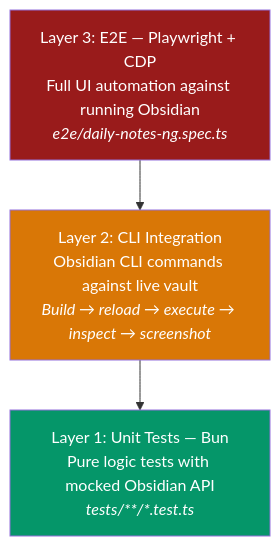
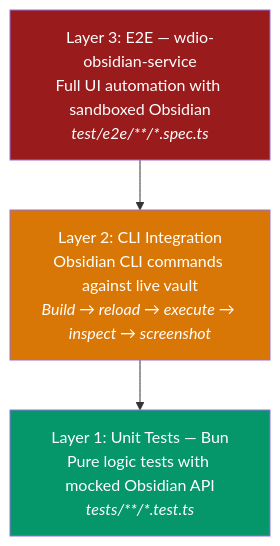
One commit to cybersader/obsidian-daily-notes-ng changed the diagram in docs/src/content/docs/development/testing.mdx. Above: the diagram before and after it, drawn with Mermaid. The commit also changed other lines of this file and 10 other files, not shown here.

First line of the commit message:
Replace Playwright with wdio-obsidian-service for E2E testing

````diff
--- a/docs/src/content/docs/development/testing.mdx
+++ b/docs/src/content/docs/development/testing.mdx
@@ -12,12 +12,12 @@
 ```mermaid
 graph TD
-    E2E["Layer 3: E2E — Playwright + CDP<br/>Full UI automation against running Obsidian<br/><i>e2e/daily-notes-ng.spec.ts</i>"]
+    E2E["Layer 3: E2E — wdio-obsidian-service<br/>Full UI automation with sandboxed Obsidian<br/><i>test/e2e/**/*.spec.ts</i>"]
     CLI["Layer 2: CLI Integration<br/>Obsidian CLI commands against live vault<br/><i>Build → reload → execute → inspect → screenshot</i>"]
     Unit["Layer 1: Unit Tests — Bun<br/>Pure logic tests with mocked Obsidian API<br/><i>tests/**/*.test.ts</i>"]
 
     E2E --> CLI --> Unit
 
     style E2E fill:#991b1b,color:#fff
     style CLI fill:#d97706,color:#fff
     style Unit fill:#059669,color:#fff
 ```
````
